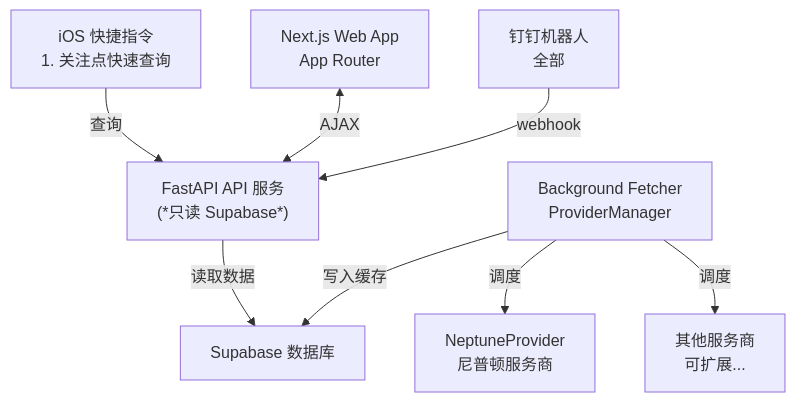
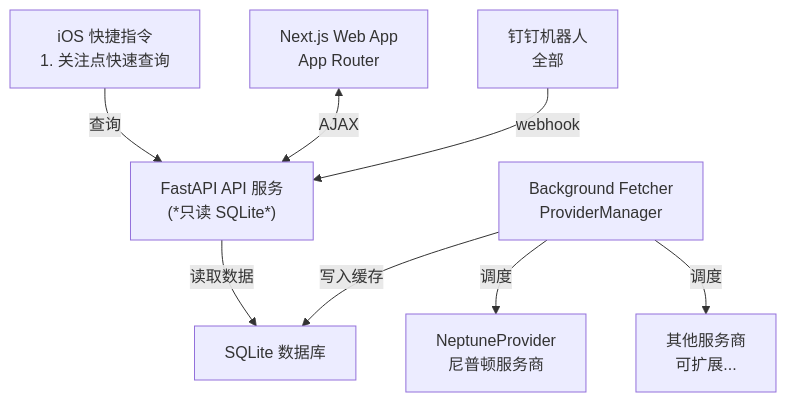
One commit to ZJU-Charger/ZJU-Charger changed the diagram in README.md. Above: the diagram before and after it, drawn with Mermaid. The commit also changed other lines of this file and 22 other files, not shown here.

Commit message:
refactor: migrate from Supabase to SQLite for local database management

````diff
--- a/README.md
+++ b/README.md
@@ -93,30 +94,30 @@
 ```mermaid
 flowchart TD
 
     A["iOS 快捷指令<br/>1. 关注点快速查询"]
 
     B["Next.js Web App<br/>App Router"]
 
-    C["FastAPI API 服务<br/>(*只读 Supabase*)"]
+    C["FastAPI API 服务<br/>(*只读 SQLite*)"]
 
     D["钉钉机器人<br/>全部"]
 
     H["Background Fetcher<br/>ProviderManager"]
 
     F1["NeptuneProvider<br/>尼普顿服务商"]
     F2["其他服务商<br/>可扩展..."]
 
-    G["Supabase 数据库"]
+    G["SQLite 数据库"]
 
     %% 连接关系
     A --> |查询| C
 
     B <--> |AJAX| C
 
     D --> |webhook| C
 
     C --> |读取数据| G
     H --> |写入缓存| G
     H --> |调度| F1
     H --> |调度| F2
 ```
````
